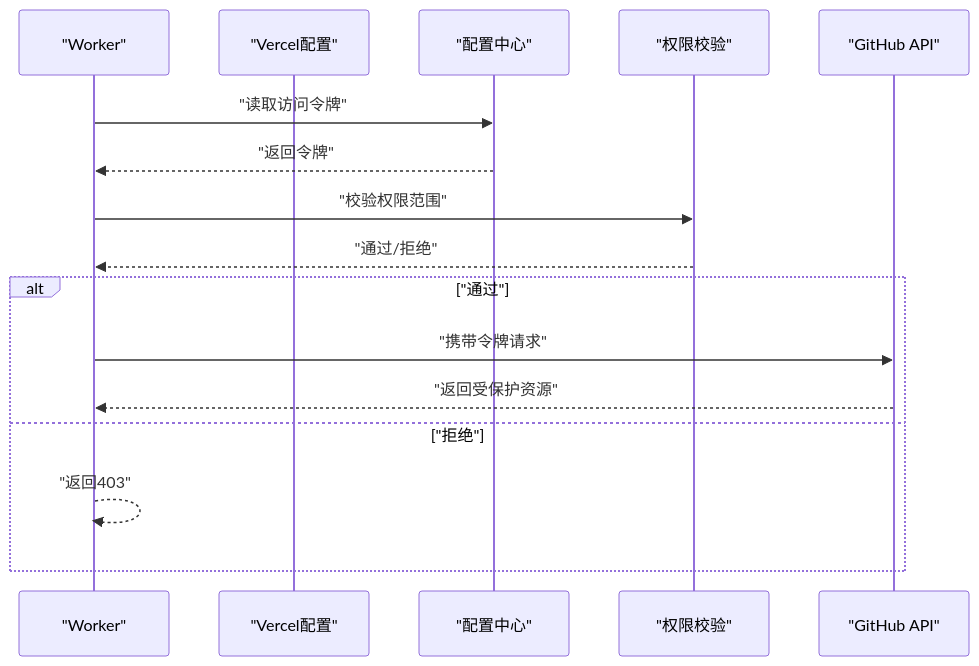
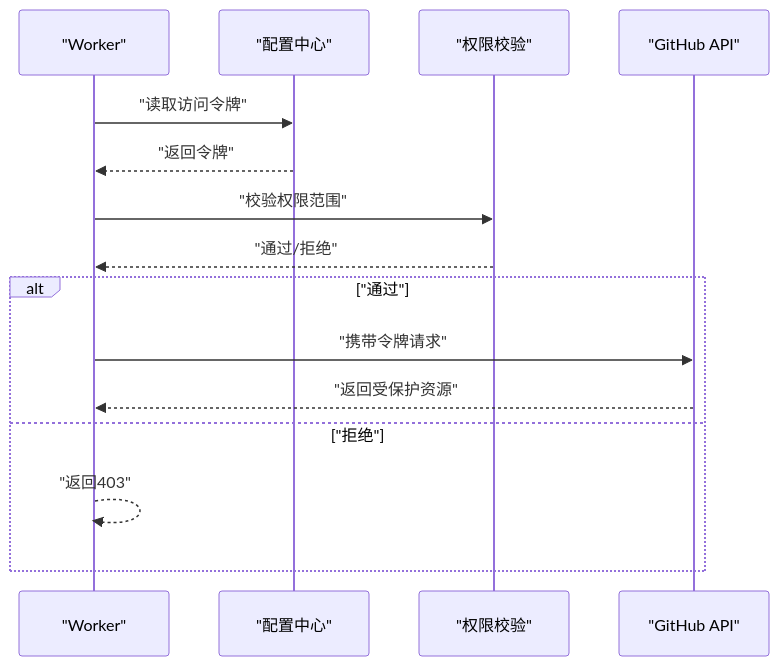
Before and after one commit to olx2990684400-sketch/olx-my-blog: the fifth of 8 diagrams in .qoder/repowiki/zh/content/Cloudflare Workers服务/GitHub代理服务.md, drawn with Mermaid. The commit also changed other lines of this file and 74 other files, not shown here.

````diff
--- a/.qoder/repowiki/zh/content/Cloudflare Workers服务/GitHub代理服务.md
+++ b/.qoder/repowiki/zh/content/Cloudflare Workers服务/GitHub代理服务.md
@@ -203,18 +299,17 @@
 ```mermaid
 sequenceDiagram
 participant W as "Worker"
-participant V as "Vercel配置"
 participant CFG as "配置中心"
 participant AUTH as "权限校验"
 participant GH as "GitHub API"
 W->>CFG : "读取访问令牌"
 CFG-->>W : "返回令牌"
 W->>AUTH : "校验权限范围"
 AUTH-->>W : "通过/拒绝"
 alt "通过"
 W->>GH : "携带令牌请求"
 GH-->>W : "返回受保护资源"
 else "拒绝"
 W-->>W : "返回403"
 end
 ```
````
